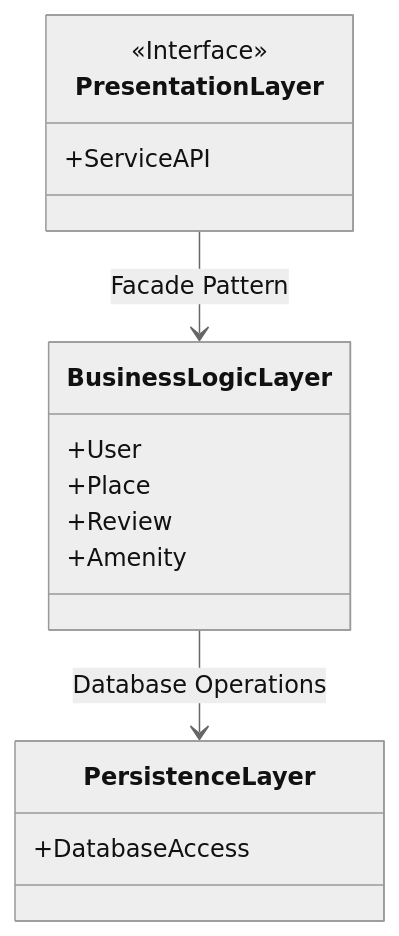
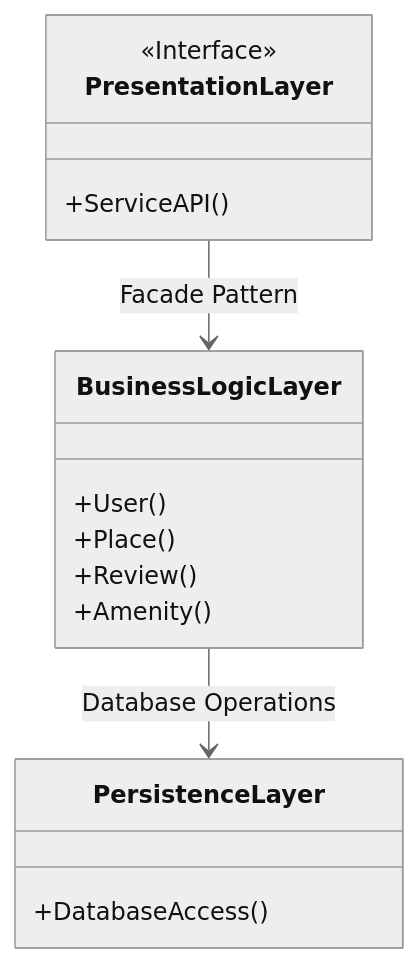
One commit to only1techgal/Holbertonschool-HBnB changed the diagram in hbnb_technical_blueprint/diagrams/high_level_package_diagram.md. Above: the diagram before and after it, drawn with Mermaid (neutral theme).

Commit message:
high_level_package_diagram

````diff
--- a/hbnb_technical_blueprint/diagrams/high_level_package_diagram.md
+++ b/hbnb_technical_blueprint/diagrams/high_level_package_diagram.md
@@ -1,19 +1,19 @@
 ``` mermaid
     classDiagram
     class PresentationLayer {
         <<Interface>>
-        +ServiceAPI
+        +ServiceAPI()
     }
     class BusinessLogicLayer {
-        +User
-        +Place
-        +Review
-        +Amenity
+        +User()
+        +Place()
+        +Review()
+        +Amenity()
 
     }
     class PersistenceLayer {
-        +DatabaseAccess
+        +DatabaseAccess()
     }
     PresentationLayer --> BusinessLogicLayer : Facade Pattern
     BusinessLogicLayer --> PersistenceLayer : Database Operations
 ```
````
